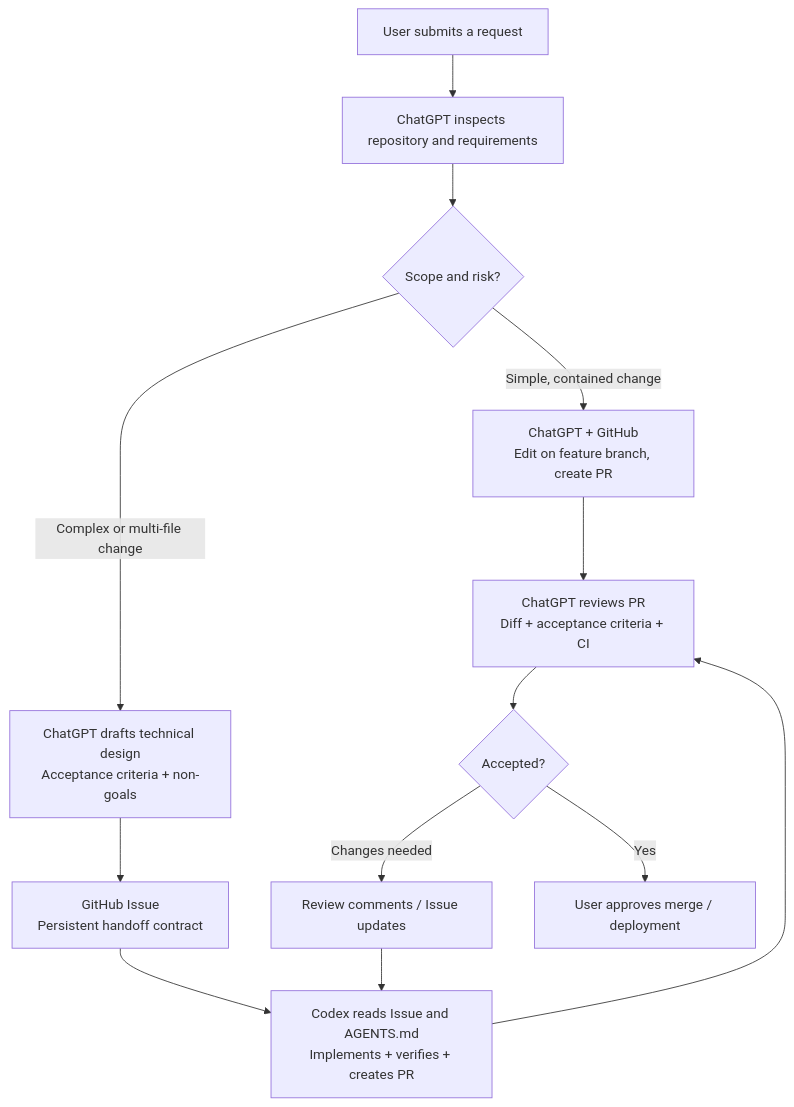
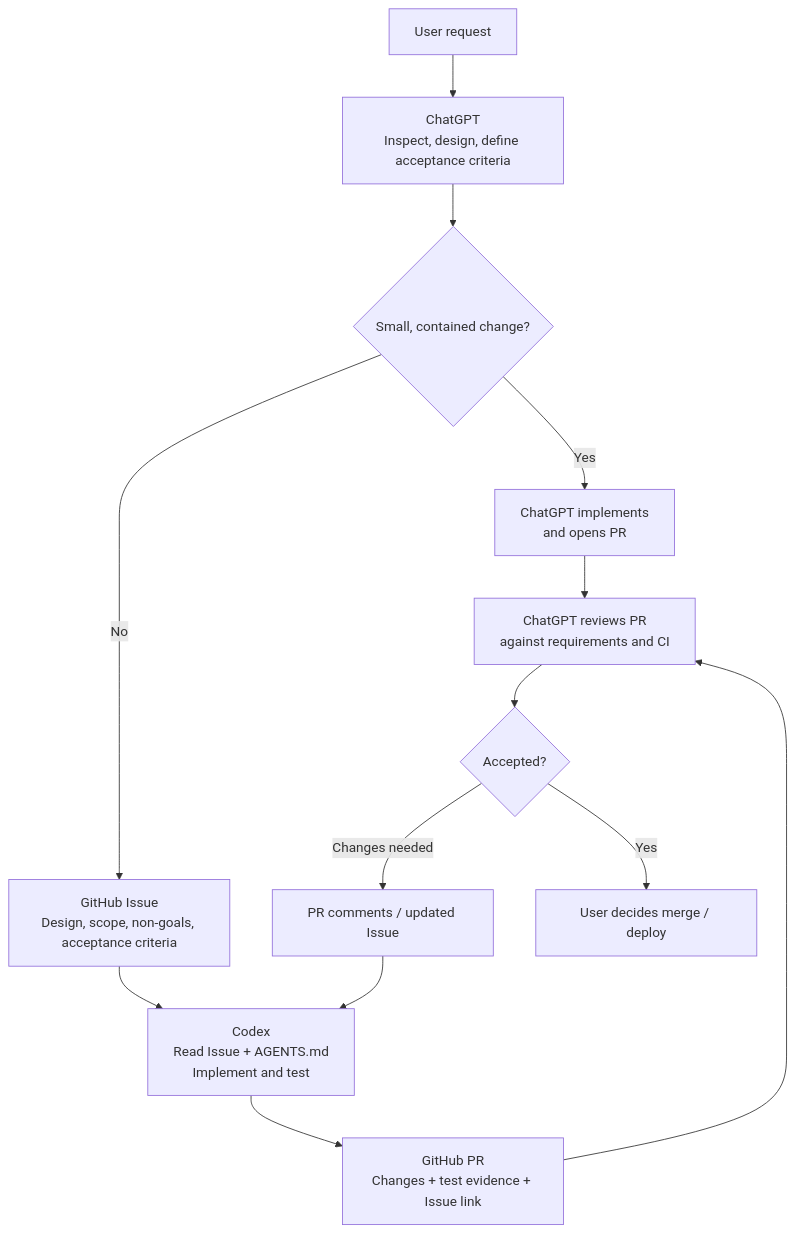
Before and after one commit to chenxian3li/ChatGPT-with-Codex-workflow: the diagram in README.md, drawn with Mermaid. The commit also changed other lines of this file, not shown here.

Commit message:
docs: simplify README around GitHub Issue handoff and actor responsibilities

````diff
--- a/README.md
+++ b/README.md
@@ -29,15 +18,15 @@
 ```mermaid
 flowchart TD
-    A["User submits a request"] --> B["ChatGPT inspects repository and requirements"]
-    B --> D{"Scope and risk?"}
-    D -->|"Simple, contained change"| E["ChatGPT + GitHub<br/>Edit on feature branch, create PR"]
-    D -->|"Complex or multi-file change"| F["ChatGPT drafts technical design<br/>Acceptance criteria + non-goals"]
-    F --> G["GitHub Issue<br/>Persistent handoff contract"]
-    G --> H["Codex reads Issue and AGENTS.md<br/>Implements + verifies + creates PR"]
-    E --> I["ChatGPT reviews PR<br/>Diff + acceptance criteria + CI"]
-    H --> I
-    I --> J{"Accepted?"}
-    J -->|"Changes needed"| K["Review comments / Issue updates"]
-    K --> H
-    J -->|"Yes"| L["User approves merge / deployment"]
+    U["User request"] --> G["ChatGPT<br/>Inspect, design, define acceptance criteria"]
+    G --> Q{"Small, contained change?"}
+    Q -->|"Yes"| S["ChatGPT implements<br/>and opens PR"]
+    Q -->|"No"| I["GitHub Issue<br/>Design, scope, non-goals, acceptance criteria"]
+    I --> C["Codex<br/>Read Issue + AGENTS.md<br/>Implement and test"]
+    C --> P["GitHub PR<br/>Changes + test evidence + Issue link"]
+    S --> R["ChatGPT reviews PR<br/>against requirements and CI"]
+    P --> R
+    R --> D{"Accepted?"}
+    D -->|"Changes needed"| F["PR comments / updated Issue"]
+    F --> C
+    D -->|"Yes"| M["User decides merge / deploy"]
 ```
````
